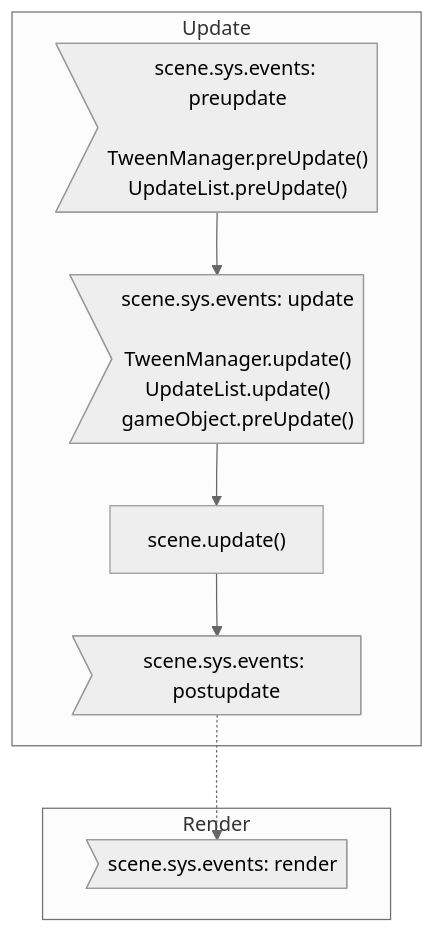
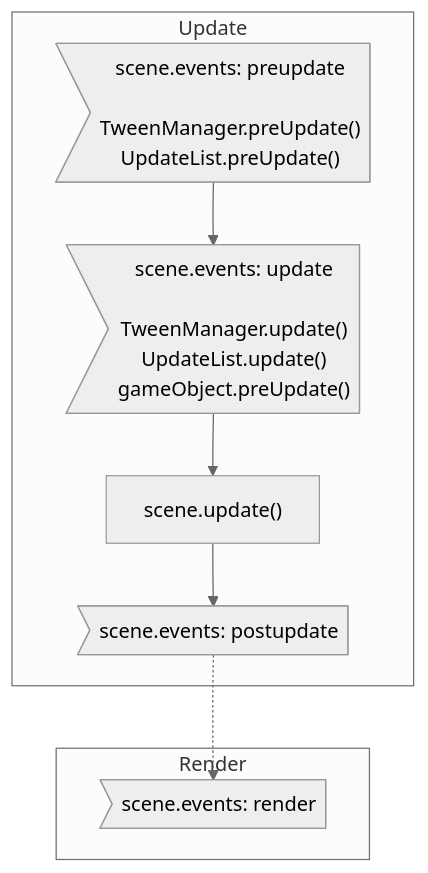
One commit to rexrainbow/phaser3-rex-notes changed the second of 2 diagrams in docs/docs/mainloop.md. Above: the diagram before and after it, drawn with Mermaid (neutral theme). The commit also changed other lines of this file and 6 other files, not shown here.

````diff
--- a/docs/docs/mainloop.md
+++ b/docs/docs/mainloop.md
@@ -111,21 +111,21 @@
 ```mermaid
 graph TB
 
 subgraph Render
-SceneEventRender>"scene.sys.events: render"]
+SceneEventRender>"scene.events: render"]
 end
 
 subgraph Update
-SceneEventPreUpdate>"scene.sys.events: preupdate<br><br>TweenManager.preUpdate()<br>UpdateList.preUpdate()"]
-SceneEventUpdate>"scene.sys.events: update<br><br>TweenManager.update()<br>UpdateList.update()<br>gameObject.preUpdate()"]
+SceneEventPreUpdate>"scene.events: preupdate<br><br>TweenManager.preUpdate()<br>UpdateList.preUpdate()"]
+SceneEventUpdate>"scene.events: update<br><br>TweenManager.update()<br>UpdateList.update()<br>gameObject.preUpdate()"]
 SceneUpdate["scene.update()"]
-SceneEventPostUpdate>"scene.sys.events: postupdate"]
+SceneEventPostUpdate>"scene.events: postupdate"]
 end
 
 
 SceneEventPreUpdate --> SceneEventUpdate
 SceneEventUpdate --> SceneUpdate
 SceneUpdate --> SceneEventPostUpdate
 
 SceneEventPostUpdate -.-> SceneEventRender
 ```
````
